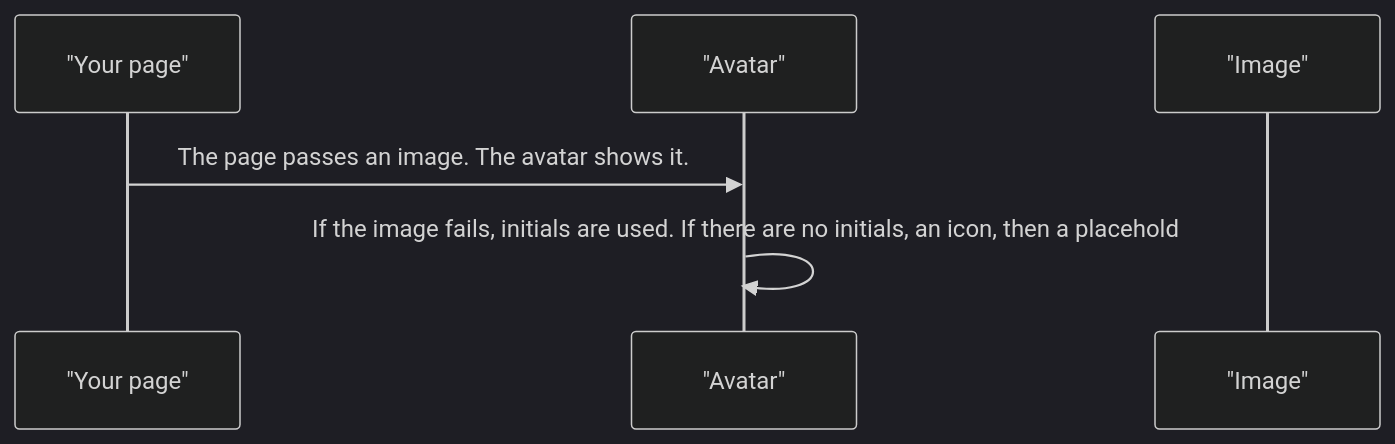
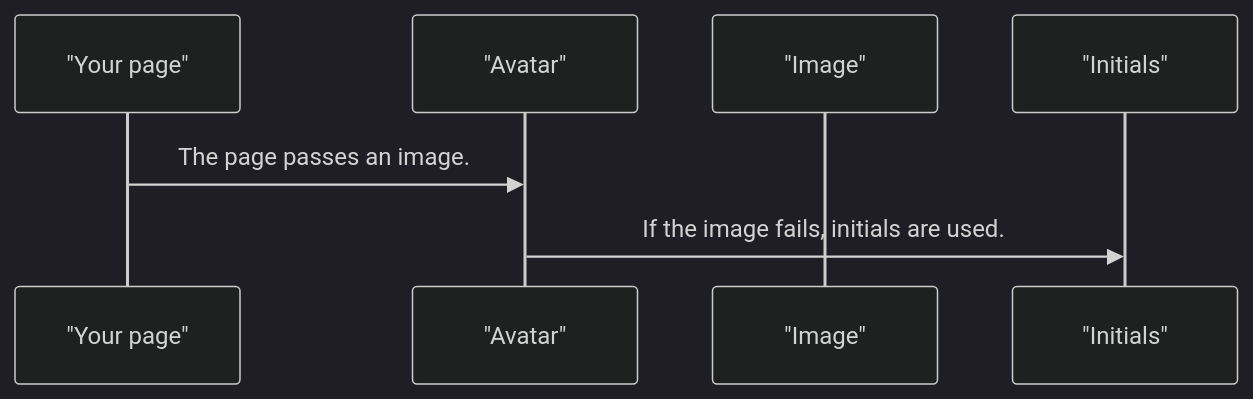
The second of 4 diagrams in projects/pixel-ui/src/lib/pixel-avatar/DESIGN.md (RajshekharBorate/pixel-ui), drawn with Mermaid (dark theme) before and after one commit. The commit also changed other lines of this file and 80 other files, not shown here.

Commit message:
Fill missing design flows and correct the stories that did not match component behavior.

````diff
--- a/projects/pixel-ui/src/lib/pixel-avatar/DESIGN.md
+++ b/projects/pixel-ui/src/lib/pixel-avatar/DESIGN.md
@@ -55,8 +56,9 @@
 ```mermaid
 sequenceDiagram
   participant page as "Your page"
   participant avatar as "Avatar"
   participant image as "Image"
-  page->>avatar: The page passes an image. The avatar shows it.
-  avatar->>avatar: If the image fails, initials are used. If there are no initials, an icon, then a placehold
+  participant initials as "Initials"
+  page->>avatar: The page passes an image.
+  avatar->>initials: If the image fails, initials are used.
 ```
````
